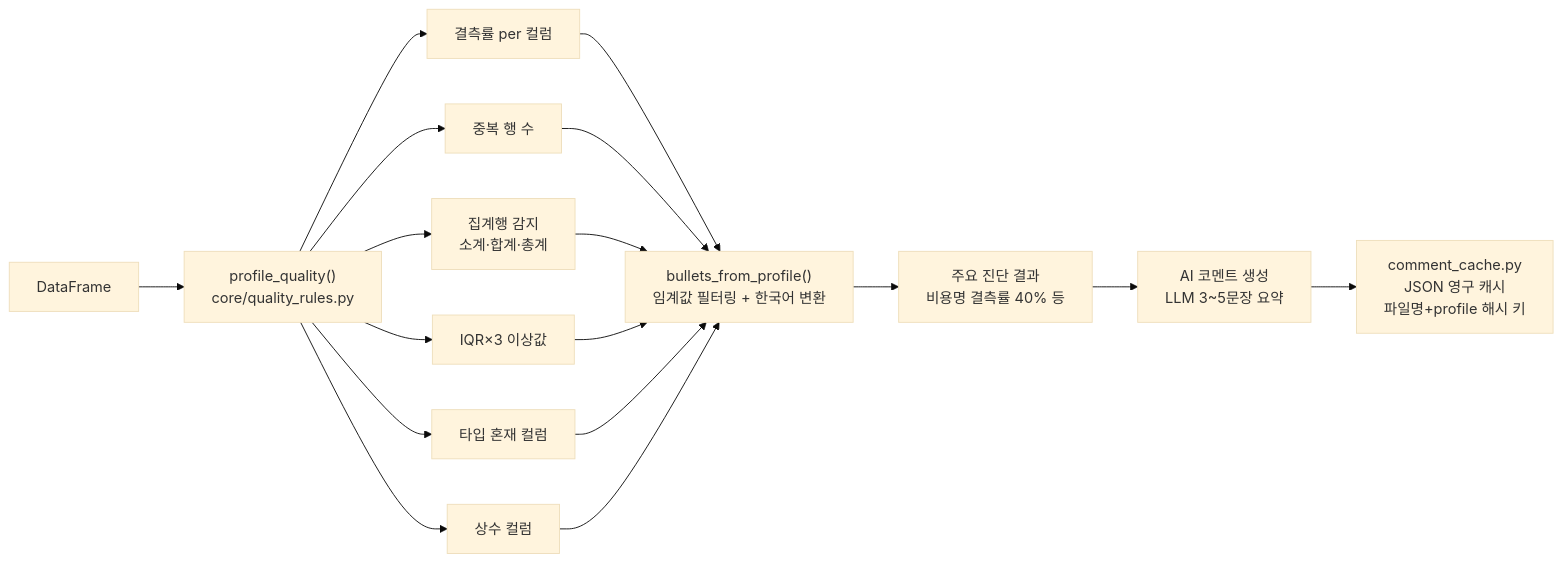
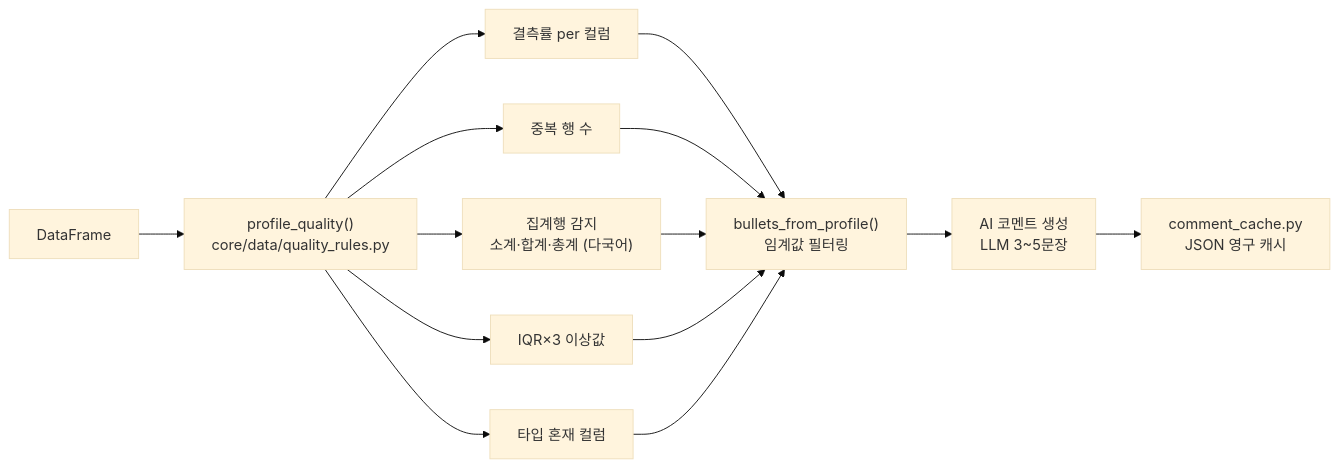
Before and after one commit to sayoon01/excel-ai-agent: the eighth of 8 diagrams in README.md, drawn with Mermaid (base theme). The commit also changed other lines of this file and 33 other files, not shown here.

````diff
--- a/README.md
+++ b/README.md
@@ -418,20 +455,17 @@
 ```mermaid
 flowchart LR
     DF["DataFrame"]
-    PQ["profile_quality()\ncore/quality_rules.py"]
+    PQ["profile_quality()\ncore/data/quality_rules.py"]
     M["결측률 per 컬럼"]
     D["중복 행 수"]
-    S["집계행 감지\n소계·합계·총계"]
+    S["집계행 감지\n소계·합계·총계 (다국어)"]
     O["IQR×3 이상값"]
     MT["타입 혼재 컬럼"]
-    C["상수 컬럼"]
-    BFP["bullets_from_profile()\n임계값 필터링 + 한국어 변환"]
-    UI3["주요 진단 결과\n비용명 결측률 40% 등"]
-    AI["AI 코멘트 생성\nLLM 3~5문장 요약"]
-    Cache["comment_cache.py\nJSON 영구 캐시\n파일명+profile 해시 키"]
+    BFP["bullets_from_profile()\n임계값 필터링"]
+    AI["AI 코멘트 생성\nLLM 3~5문장"]
+    Cache["comment_cache.py\nJSON 영구 캐시"]
 
     DF --> PQ
-    PQ --> M & D & S & O & MT & C
-    M & D & S & O & MT & C --> BFP --> UI3
-    UI3 --> AI --> Cache
+    PQ --> M & D & S & O & MT
+    M & D & S & O & MT --> BFP --> AI --> Cache
 ```
````
